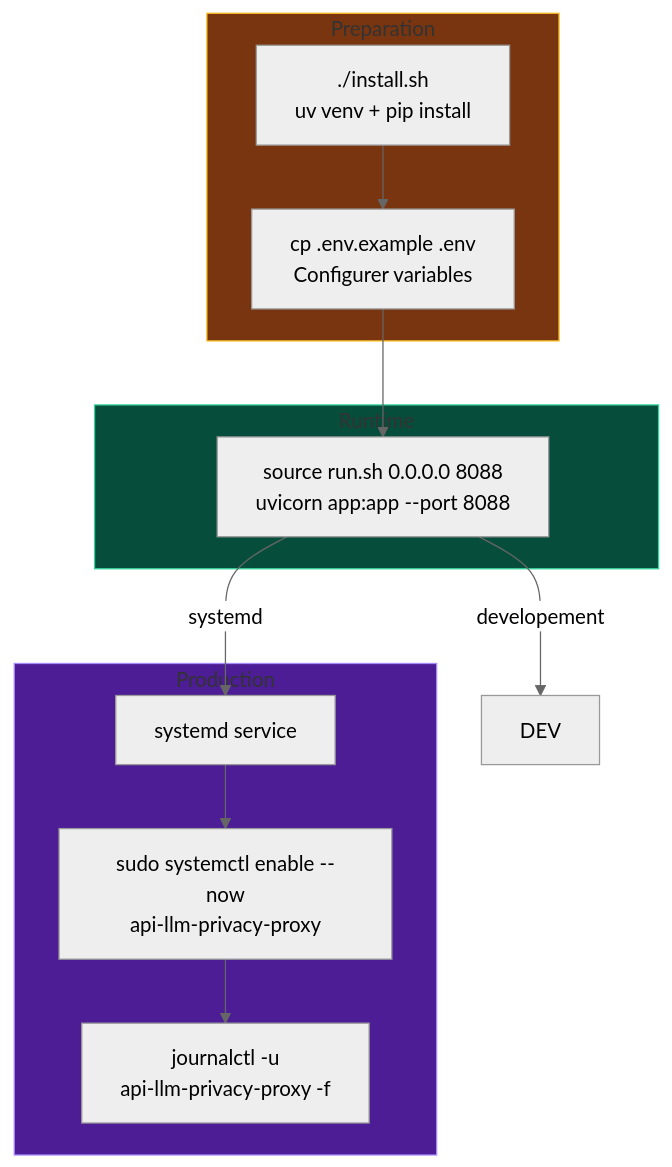
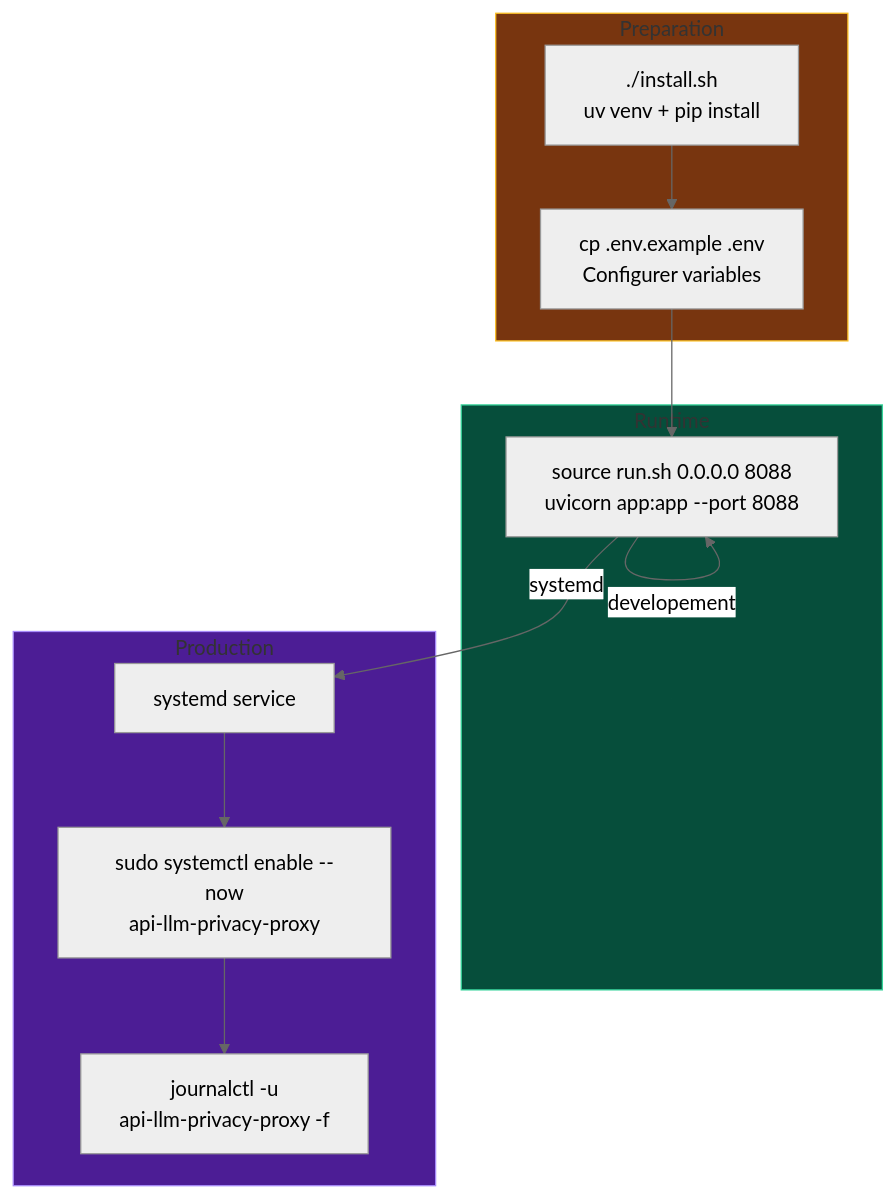
One commit to ynotopec/api-llm-privacy-proxy changed the seventh of 7 diagrams in doc/architecture.md. Above: the diagram before and after it, drawn with Mermaid (neutral theme). The commit also changed other lines of this file, not shown here.

First line of the commit message:
fix: correct all Mermaid rendering issues

````diff
--- a/doc/architecture.md
+++ b/doc/architecture.md
@@ -251,27 +240,28 @@
 ```mermaid
 graph TD
     subgraph PREP[Preparation]
-        I[./install.sh<br/>uv venv + pip install]
-        I --> ENV2[cp .env.example .env<br/>Configurer variables]
+        A[./install.sh<br>uv venv + pip install]
+        B[cp .env.example .env<br>Configurer variables]
     end
 
     subgraph RUNTIME[Runtime]
-        R[source run.sh 0.0.0.0 8088<br/>uvicorn app:app --port 8088]
-        ENV2 --> R
+        C[source run.sh 0.0.0.0 8088<br>uvicorn app:app --port 8088]
     end
 
     subgraph PROD[Production]
-        SYS[systemd service]
-        SYS2[sudo systemctl enable --now<br/>api-llm-privacy-proxy]
-        LOG[journalctl -u<br/>api-llm-privacy-proxy -f]
+        D[systemd service]
+        E[sudo systemctl enable --now<br>api-llm-privacy-proxy]
+        F[journalctl -u<br>api-llm-privacy-proxy -f]
     end
 
-    R -->|developement| DEV
-    R -->|systemd| SYS
-    SYS --> SYS2
-    SYS2 --> LOG
+    A --> B
+    B --> C
+    C -->|developement| C
+    C -->|systemd| D
+    D --> E
+    E --> F
 
     style PREP fill:#78350f,stroke:#fbbf24
     style RUNTIME fill:#064e3b,stroke:#34d399
     style PROD fill:#4c1d95,stroke:#a78bfa
 ```
````
